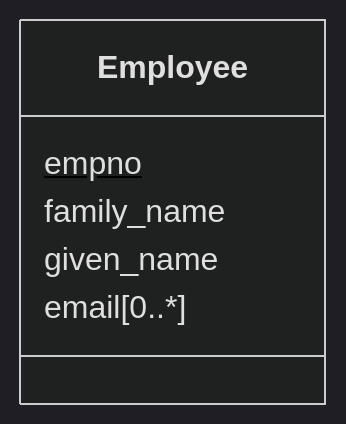
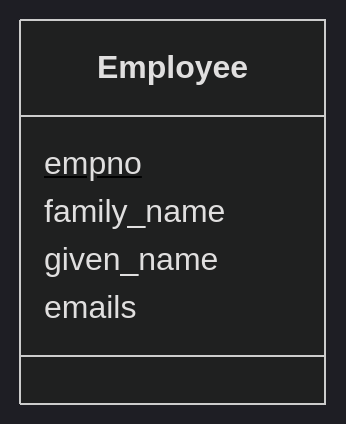
The ninth of 10 diagrams in slidev/09-logical-database-design.md (Kaltsoon/data-management-and-databases), drawn with Mermaid (dark theme) before and after one commit. The commit also changed other lines of this file and 2 other files, not shown here.

````diff
--- a/slidev/09-logical-database-design.md
+++ b/slidev/09-logical-database-design.md
@@ -390,16 +389,16 @@
 ```mermaid
 ---
   config:
     class:
       hideEmptyMembersBox: true
 ---
 
 classDiagram
     direction TB
     class Employee {
         empno$
         family_name
         given_name
-        email[0..*]
+        emails
     }
 ```
````
